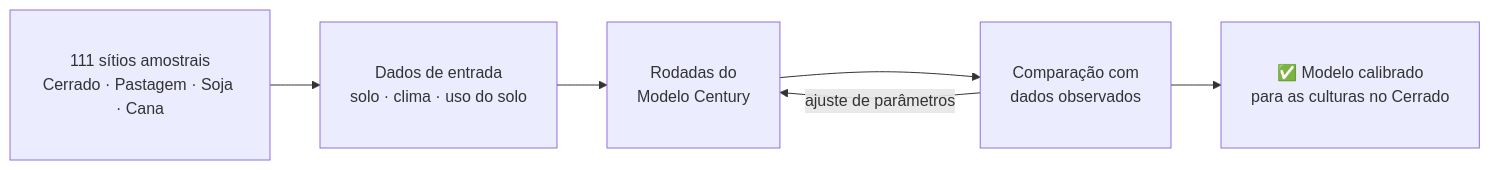
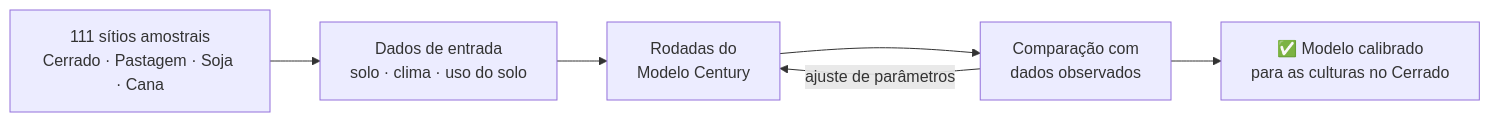
One commit to FelipeJesusRemoteSensing/CarbonProgram changed the diagram in docs/mds/referencias_conceituais.md. Above: the diagram before and after it, drawn with Mermaid.

````diff
--- a/docs/mds/referencias_conceituais.md
+++ b/docs/mds/referencias_conceituais.md
@@ -25,9 +25,9 @@
 ```mermaid
 flowchart LR
-    classDef default fontSize:30px,padding:20px;
+    classDef node font-size:16px
     A[111 sítios amostrais<br>Cerrado · Pastagem · Soja · Cana] --> B[Dados de entrada<br>solo · clima · uso do solo]
     B --> C[Rodadas do<br>Modelo Century]
     C --> D[Comparação com<br>dados observados]
     D -->|ajuste de parâmetros| C
     D --> E[✅ Modelo calibrado<br>para as culturas no Cerrado]
 ```
````
